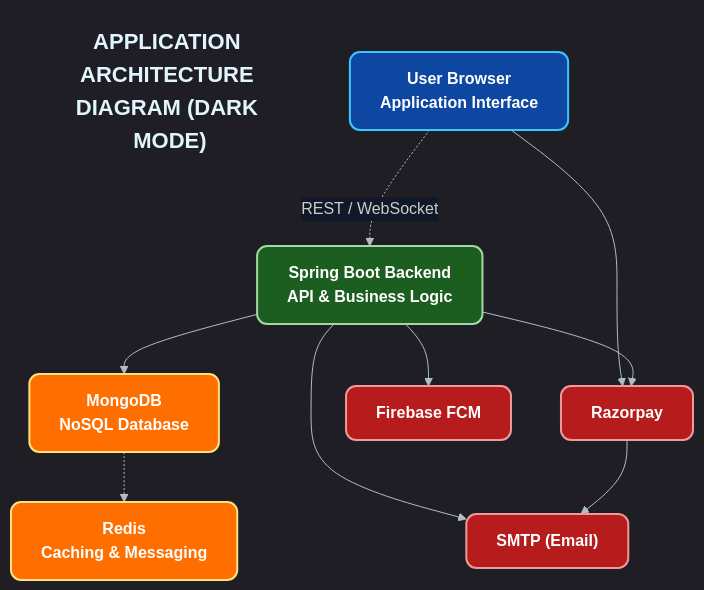
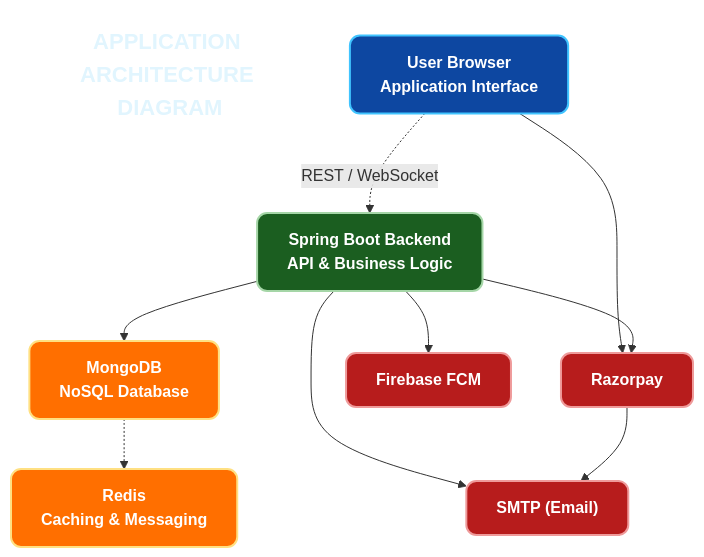
Before and after one commit to harman-04/QueueLess: the first of 20 diagrams in DOCUMENTATION.md, drawn with Mermaid. The commit also changed other lines of this file and 2 other files, not shown here.

````diff
--- a/DOCUMENTATION.md
+++ b/DOCUMENTATION.md
@@ -53,37 +56,28 @@
 ```mermaid
-%%{init: {'theme': 'dark', 'themeVariables': { 'primaryTextColor': '#FFFFFF', 'lineColor': '#B0BEC5', 'edgeLabelBackground':'#111827'}}}%%
 graph TD
-    %% Global Diagram Title - No literal ** or other formatting
-    mainTitle["APPLICATION ARCHITECTURE DIAGRAM (DARK MODE)"]:::titleNode
+    mainTitle["APPLICATION ARCHITECTURE DIAGRAM"]:::titleNode
     style mainTitle fill:none,stroke:none
 
-    %% --- Node Definitions - Clean Multiline Text, No Markdown ---
     Browser_D["User Browser\nApplication Interface"]:::browserNodeD
     Backend_D["Spring Boot Backend\nAPI & Business Logic"]:::backendNodeD
     MongoDB_D["MongoDB\nNoSQL Database"]:::dbNodeD
     Redis_D["Redis\nCaching & Messaging"]:::dbNodeD
     Razorpay_D["Razorpay"]:::serviceNodeD
     Firebase_D["Firebase FCM"]:::serviceNodeD
     SMTP_D["SMTP (Email)"]:::serviceNodeD
 
-    %% --- Defining Tiered Styles with Specific Colors ---
     classDef titleNode font-size:22px,font-weight:bold,color:#E1F5FE,stroke:none;
-    %% Neon Blue for Client
     classDef browserNodeD fill:#0D47A1,stroke:#40C4FF,stroke-width:2px,color:#FFFFFF,rx:10,ry:10,font-weight:600;
-    %% Light Green for Backend
     classDef backendNodeD fill:#1B5E20,stroke:#A5D6A7,stroke-width:2px,color:#FFFFFF,rx:10,ry:10,font-weight:600;
-    %% Bright Orange for Databases
     classDef dbNodeD fill:#FF6F00,stroke:#FFE082,stroke-width:2px,color:#FFFFFF,rx:10,ry:10,font-weight:600;
-    %% Bright Red for Third-Party Services
     classDef serviceNodeD fill:#B71C1C,stroke:#EF9A9A,stroke-width:2px,color:#FFFFFF,rx:10,ry:10,font-weight:600;
 
-    %% --- Logical Connections ---
     Browser_D -.->|REST / WebSocket| Backend_D
     Browser_D --> Razorpay_D
     Backend_D --> MongoDB_D
     Backend_D --> Razorpay_D
     Backend_D --> Firebase_D
     Backend_D --> SMTP_D
     MongoDB_D -.-> Redis_D
     Razorpay_D --> SMTP_D
 ```
````
